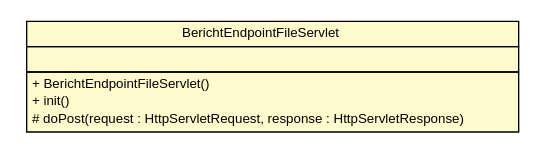
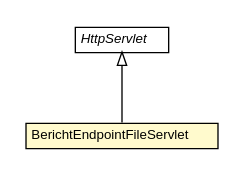
One commit to B3Partners/brmo changed the diagram in brmo-proxyservice/apidocs/nl/b3p/brmo/service/proxy/BerichtEndpointFileServlet.dot. Above: the diagram before and after it, drawn with Graphviz. The commit also changed 70 other files, not shown here.

```diff
--- a/brmo-proxyservice/apidocs/nl/b3p/brmo/service/proxy/BerichtEndpointFileServlet.dot
+++ b/brmo-proxyservice/apidocs/nl/b3p/brmo/service/proxy/BerichtEndpointFileServlet.dot
@@ -1,26 +1,26 @@
 #!/usr/local/bin/dot
 #
 # Class diagram 
 # Generated by UMLGraph version R5_6-24-gf6e263 (http://www.umlgraph.org/)
 #
 
 digraph G {
 	edge [fontname="Helvetica",fontsize=10,labelfontname="Helvetica",labelfontsize=10];
 	node [fontname="Helvetica",fontsize=10,shape=plaintext];
 	nodesep=0.25;
 	ranksep=0.5;
 	// nl.b3p.brmo.service.proxy.BerichtEndpointFileServlet
-	c5 [label=<<table title="nl.b3p.brmo.service.proxy.BerichtEndpointFileServlet" border="0" cellborder="1" cellspacing="0" cellpadding="2" port="p" bgcolor="lemonChiffon" href="./BerichtEndpointFileServlet.html">
+	c4 [label=<<table title="nl.b3p.brmo.service.proxy.BerichtEndpointFileServlet" border="0" cellborder="1" cellspacing="0" cellpadding="2" port="p" bgcolor="lemonChiffon" href="./BerichtEndpointFileServlet.html">
 		<tr><td><table border="0" cellspacing="0" cellpadding="1">
 <tr><td align="center" balign="center"> BerichtEndpointFileServlet </td></tr>
 		</table></td></tr>
+		</table>>, URL="./BerichtEndpointFileServlet.html", fontname="Helvetica", fontcolor="black", fontsize=10.0];
+	//nl.b3p.brmo.service.proxy.BerichtEndpointFileServlet extends javax.servlet.http.HttpServlet
+	c8:p -> c4:p [dir=back,arrowtail=empty];
+	// javax.servlet.http.HttpServlet
+	c8 [label=<<table title="javax.servlet.http.HttpServlet" border="0" cellborder="1" cellspacing="0" cellpadding="2" port="p">
 		<tr><td><table border="0" cellspacing="0" cellpadding="1">
-<tr><td align="left" balign="left">  </td></tr>
+<tr><td align="center" balign="center"><font face="Helvetica-Oblique"> HttpServlet </font></td></tr>
 		</table></td></tr>
-		<tr><td><table border="0" cellspacing="0" cellpadding="1">
-<tr><td align="left" balign="left"> + BerichtEndpointFileServlet() </td></tr>
-<tr><td align="left" balign="left"> + init() </td></tr>
-<tr><td align="left" balign="left"> # doPost(request : HttpServletRequest, response : HttpServletResponse) </td></tr>
-		</table></td></tr>
-		</table>>, URL="./BerichtEndpointFileServlet.html", fontname="Helvetica", fontcolor="black", fontsize=10.0];
+		</table>>, URL="null", fontname="Helvetica", fontcolor="black", fontsize=10.0];
 }
```
